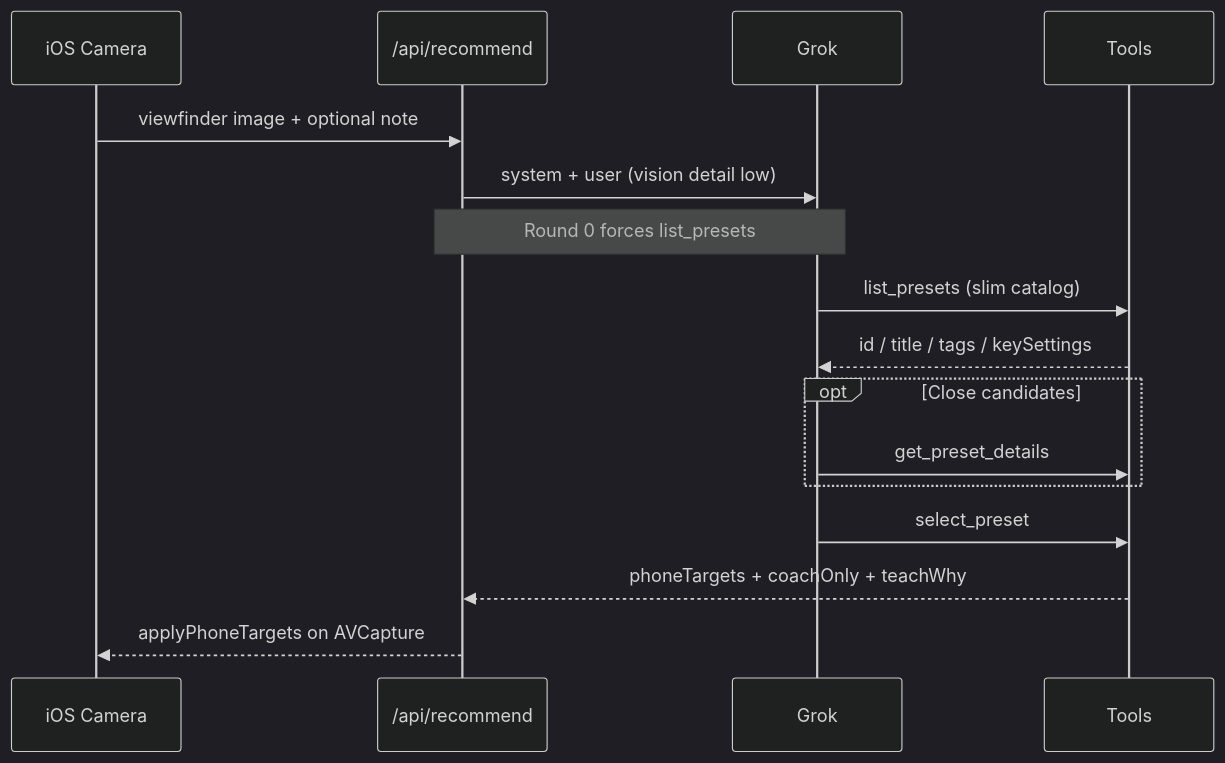
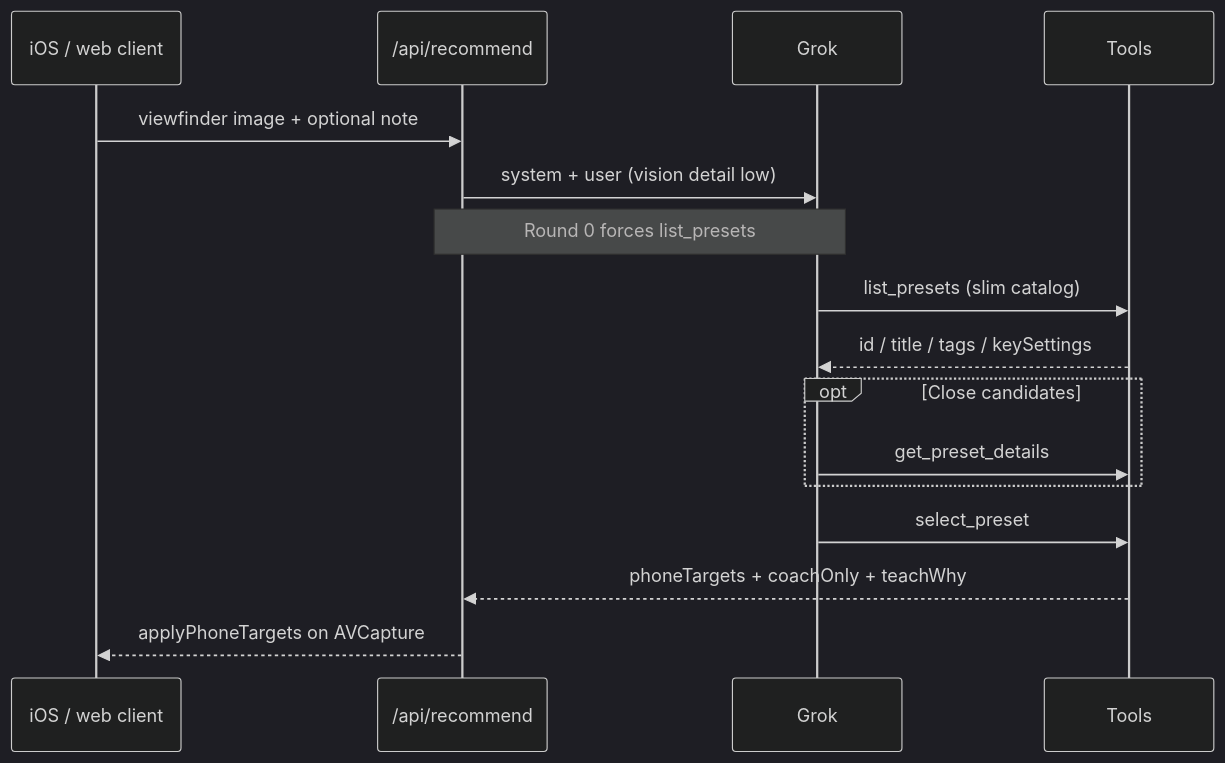
Before and after one commit to yishengjiang99/photo-recipes: the diagram in README.md, drawn with Mermaid (dark theme). The commit also changed other lines of this file and 1 other file, not shown here.

First line of the commit message:
docs: address agentic-flow review (Pass 1/2, failures, Verify)

````diff
--- a/README.md
+++ b/README.md
@@ -40,18 +40,18 @@
 ```mermaid
 sequenceDiagram
-  participant App as iOS Camera
+  participant App as iOS / web client
   participant API as /api/recommend
   participant Grok as Grok
   participant Tools as Tools
   App->>API: viewfinder image + optional note
   API->>Grok: system + user (vision detail low)
   Note over API,Grok: Round 0 forces list_presets
   Grok->>Tools: list_presets (slim catalog)
   Tools-->>Grok: id / title / tags / keySettings
   opt Close candidates
     Grok->>Tools: get_preset_details
   end
   Grok->>Tools: select_preset
   Tools-->>API: phoneTargets + coachOnly + teachWhy
   API-->>App: applyPhoneTargets on AVCapture
 ```
````
